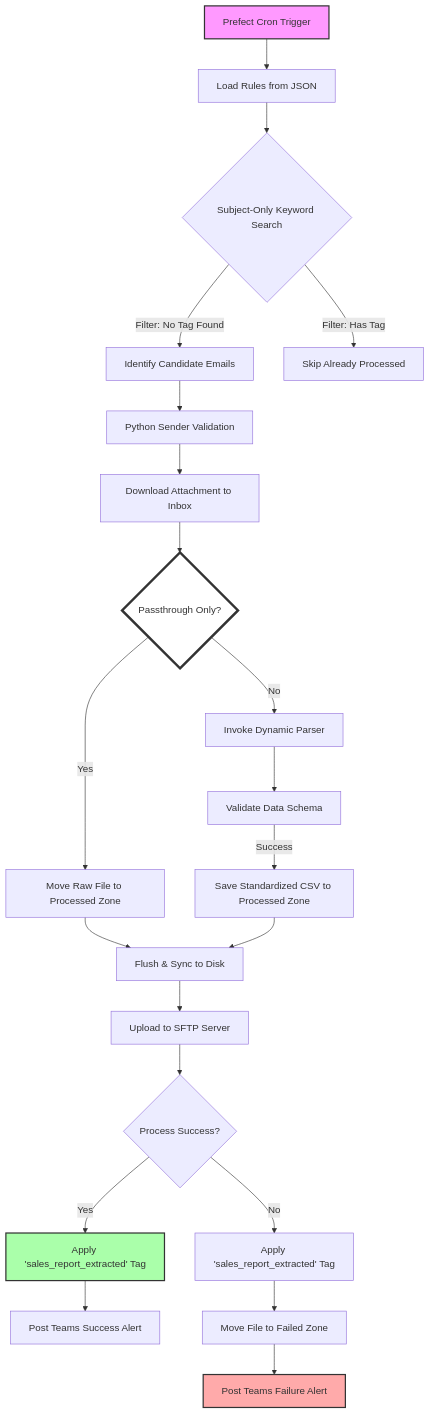
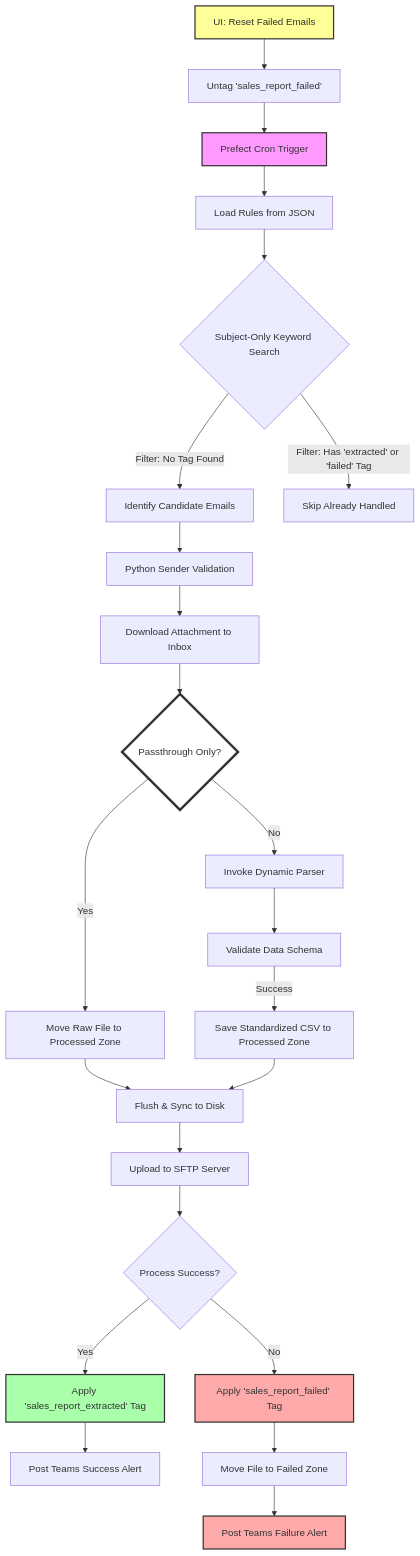
The diagram in sales_report_extraction/architecture_flow.md (nateadewynters-prog/prefect-prod), drawn with Mermaid before and after one commit. The commit also changed other lines of this file and 1 other file, not shown here.

````diff
--- a/sales_report_extraction/architecture_flow.md
+++ b/sales_report_extraction/architecture_flow.md
@@ -5,46 +5,52 @@
 ```mermaid
 graph TD
     %% 1. Trigger
     A[Prefect Cron Trigger] --> B[Load Rules from JSON]
     
     %% 2. Search & Filter
     B --> C{Subject-Only Keyword Search}
     C -->|Filter: No Tag Found| D[Identify Candidate Emails]
     D --> E[Python Sender Validation]
-    C -->|Filter: Has Tag| F[Skip Already Processed]
+    C -->|Filter: Has 'extracted' or 'failed' Tag| F[Skip Already Handled]
     
     %% 3. Download
     E --> G[Download Attachment to Inbox]
     
     %% 4. Routing Logic
     G --> H{Passthrough Only?}
     
     %% 5a. Passthrough Path
     H -->|Yes| I[Move Raw File to Processed Zone]
     I --> J[Flush & Sync to Disk]
     
     %% 5b. Standard Path
     H -->|No| K[Invoke Dynamic Parser]
     K --> L[Validate Data Schema]
     L -->|Success| M[Save Standardized CSV to Processed Zone]
     M --> J
     
     %% 6. Delivery
     J --> N[Upload to SFTP Server]
     
     %% 7. Finalize State
     N --> O{Process Success?}
     O -->|Yes| P[Apply 'sales_report_extracted' Tag]
-    O -->|No| Q[Apply 'sales_report_extracted' Tag]
+    O -->|No| Q[Apply 'sales_report_failed' Tag]
     
     %% 8. Alerts
     P --> R[Post Teams Success Alert]
     Q --> S[Move File to Failed Zone]
     S --> T[Post Teams Failure Alert]
     
+    %% 9. Retry Loop
+    U[UI: Reset Failed Emails] --> V[Untag 'sales_report_failed']
+    V --> A
+    
     %% Styling
     style A fill:#f9f,stroke:#333,stroke-width:2px
     style P fill:#afa,stroke:#333,stroke-width:2px
+    style Q fill:#faa,stroke:#333,stroke-width:2px
     style T fill:#faa,stroke:#333,stroke-width:2px
     style H fill:#fff,stroke:#333,stroke-width:4px
+    style U fill:#ff9,stroke:#333,stroke-width:2px
 ```
````
